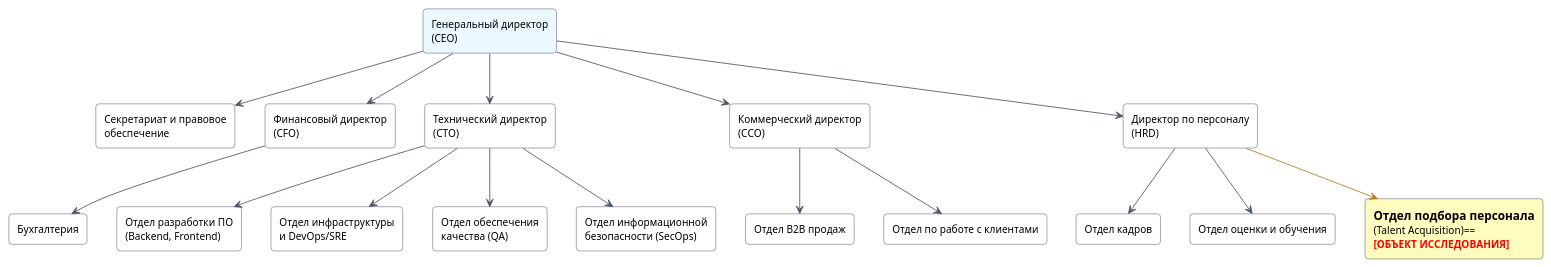
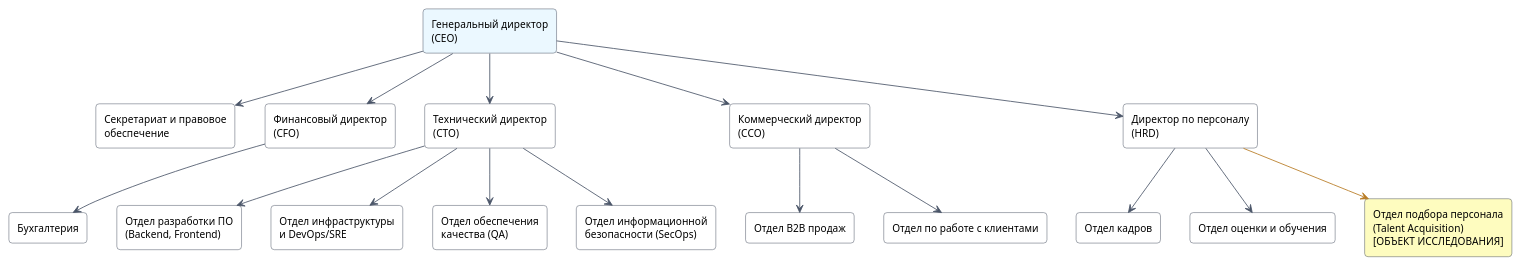
One commit to krackl1n/careeria changed the second of 3 diagrams in docs/project/01-general/01-identification-decomposition.md. Above: the diagram before and after it, drawn with PlantUML. The commit also changed other lines of this file and 2 other files, not shown here.

````diff
--- a/docs/project/01-general/01-identification-decomposition.md
+++ b/docs/project/01-general/01-identification-decomposition.md
@@ -159,56 +146,55 @@
 ```plantuml
 @startuml
 skinparam rectangle {
   BackgroundColor White
   BorderColor #2D3748
   RoundCorner 8
   FontName Arial
   FontSize 12
 }
 skinparam arrow {
   Color #4A5568
 }
 
 rectangle "Генеральный директор\n(CEO)" as CEO #EBF8FF
 
 rectangle "Секретариат и правовое\nобеспечение" as Legal
 rectangle "Финансовый директор\n(CFO)" as CFO
 rectangle "Бухгалтерия" as Accounting
 
 rectangle "Технический директор\n(CTO)" as CTO
 rectangle "Отдел разработки ПО\n(Backend, Frontend)" as Dev
 rectangle "Отдел инфраструктуры\nи DevOps/SRE" as Infra
 rectangle "Отдел обеспечения\nкачества (QA)" as QA
 rectangle "Отдел информационной\nбезопасности (SecOps)" as SecOps
 
 rectangle "Коммерческий директор\n(CCO)" as CCO
 rectangle "Отдел B2B продаж" as Sales
 rectangle "Отдел по работе с клиентами" as Clients
 
 rectangle "Директор по персоналу\n(HRD)" as HRD
 rectangle "Отдел кадров" as HRDept
 rectangle "Отдел оценки и обучения" as TrainingDept
-rectangle "==Отдел подбора персонала\n(Talent Acquisition)==\n<color:red><b>[ОБЪЕКТ ИССЛЕДОВАНИЯ]</b></color>" as TalentAcquisition #FEFCBF
+rectangle "Отдел подбора персонала\n(Talent Acquisition)\n[ОБЪЕКТ ИССЛЕДОВАНИЯ]" as TalentAcquisition #FEFCBF
 
 CEO --> Legal
 CEO --> CFO
 CFO --> Accounting
 
 CEO --> CTO
 CTO --> Dev
 CTO --> Infra
 CTO --> QA
 CTO --> SecOps
 
 CEO --> CCO
 CCO --> Sales
 CCO --> Clients
 
 CEO --> HRD
 HRD --> HRDept
 HRD --> TrainingDept
 HRD --> TalentAcquisition #B7791F
 
 @enduml
-
 ```
````
